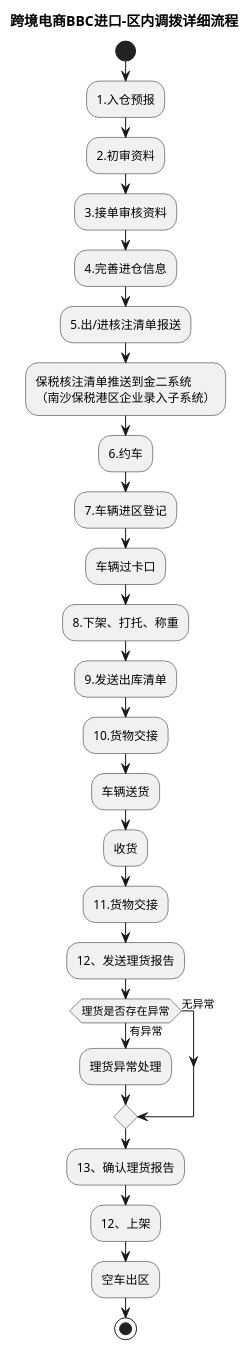
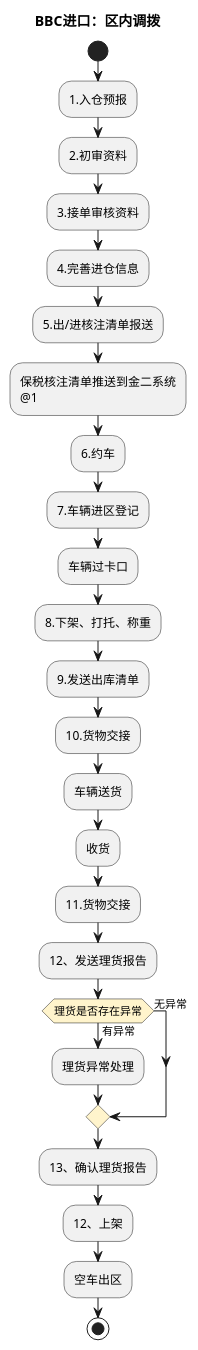
The fourth of 12 diagrams in product-caliber/goldjet/segmented-prd/mainflow/PRD.高捷物流系统一期.主流程.06.跨境电商BBC进口详细流程.md (jack888332/projects-doc), drawn with PlantUML before and after one commit. The commit also changed other lines of this file and 20 other files, not shown here.

Commit message:
优化流程表对应的DLS图

````diff
--- a/product-caliber/goldjet/segmented-prd/mainflow/PRD.高捷物流系统一期.主流程.06.跨境电商BBC进口详细流程.md
+++ b/product-caliber/goldjet/segmented-prd/mainflow/PRD.高捷物流系统一期.主流程.06.跨境电商BBC进口详细流程.md
@@ -158,30 +169,31 @@
 ```plantuml
 @startuml
-title 跨境电商BBC进口-区内调拨详细流程
+skinparam activityDiamondBackgroundColor #FFF4CC
+title BBC进口：区内调拨
 start
 :1.入仓预报;
 :2.初审资料;
 :3.接单审核资料;
 :4.完善进仓信息;
 :5.出/进核注清单报送;
-:保税核注清单推送到金二系统\n（南沙保税港区企业录入子系统）;
+:保税核注清单推送到金二系统\n@1;
 :6.约车;
 :7.车辆进区登记;
 :车辆过卡口;
 :8.下架、打托、称重;
 :9.发送出库清单;
 :10.货物交接;
 :车辆送货;
 :收货;
 :11.货物交接;
 :12、发送理货报告;
 if (理货是否存在异常) then (有异常)
   :理货异常处理;
 else (无异常)
 endif
 :13、确认理货报告;
 :12、上架;
 :空车出区;
 stop
 @enduml
 ```
````
